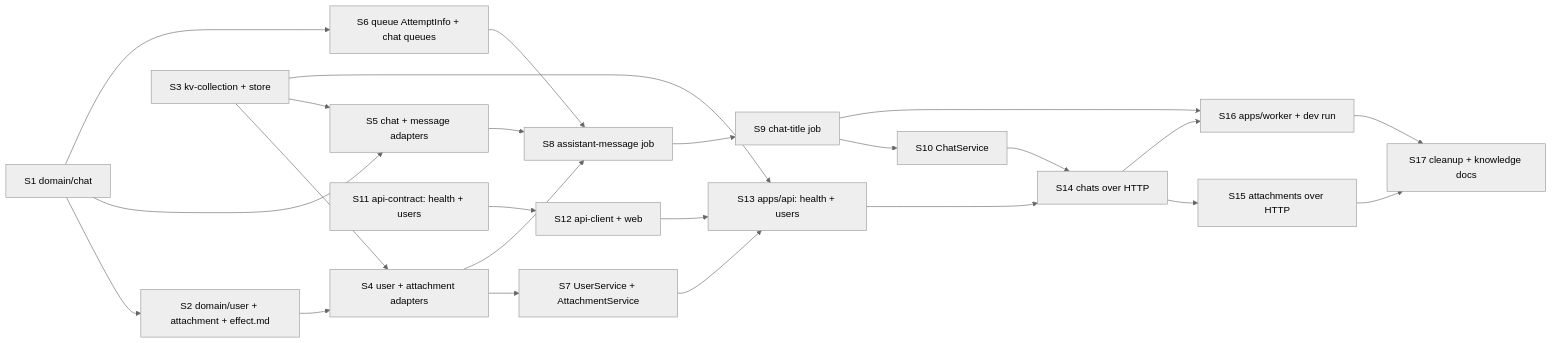
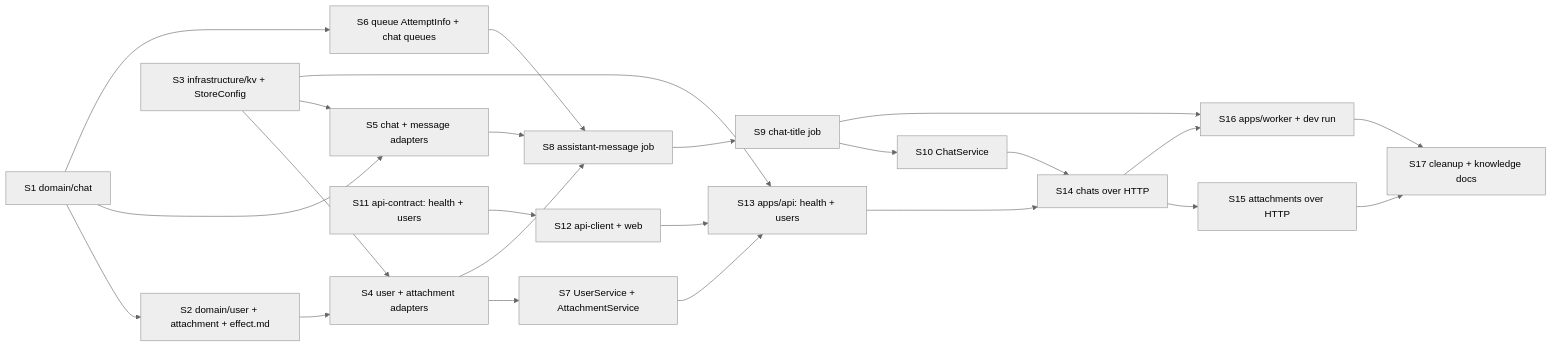
One commit to khotei/app-template changed the diagram in docs/tickets/2026-10-17_chat-core/plan.md. Above: the diagram before and after it, drawn with Mermaid (neutral theme). The commit also changed other lines of this file and 12 other files, not shown here.

````diff
--- a/docs/tickets/2026-10-17_chat-core/plan.md
+++ b/docs/tickets/2026-10-17_chat-core/plan.md
@@ -32,27 +32,27 @@
 ```mermaid
 graph LR
   S1[S1 domain/chat] --> S2[S2 domain/user + attachment + effect.md]
-  S3[S3 kv-collection + store]
+  S3[S3 infrastructure/kv + StoreConfig]
   S2 --> S4[S4 user + attachment adapters]
   S3 --> S4
   S1 --> S5[S5 chat + message adapters]
   S3 --> S5
   S1 --> S6[S6 queue AttemptInfo + chat queues]
   S4 --> S7[S7 UserService + AttachmentService]
   S4 --> S8[S8 assistant-message job]
   S5 --> S8
   S6 --> S8
   S8 --> S9[S9 chat-title job]
   S9 --> S10[S10 ChatService]
   S11[S11 api-contract: health + users] --> S12[S12 api-client + web]
   S3 --> S13[S13 apps/api: health + users]
   S7 --> S13
   S12 --> S13
   S10 --> S14[S14 chats over HTTP]
   S13 --> S14
   S14 --> S15[S15 attachments over HTTP]
   S14 --> S16[S16 apps/worker + dev run]
   S9 --> S16
   S15 --> S17[S17 cleanup + knowledge docs]
   S16 --> S17
 ```
````
